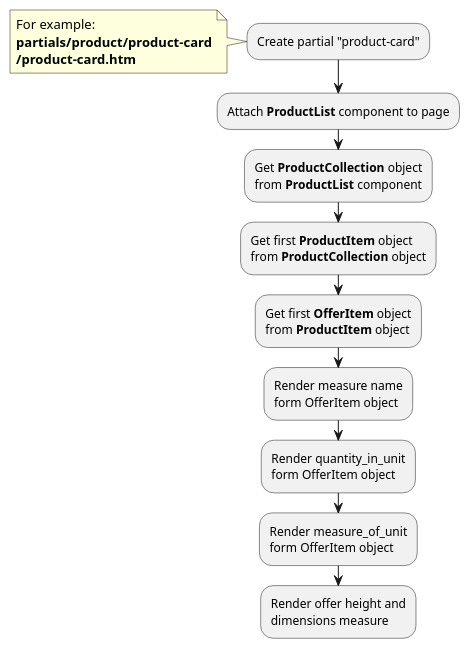
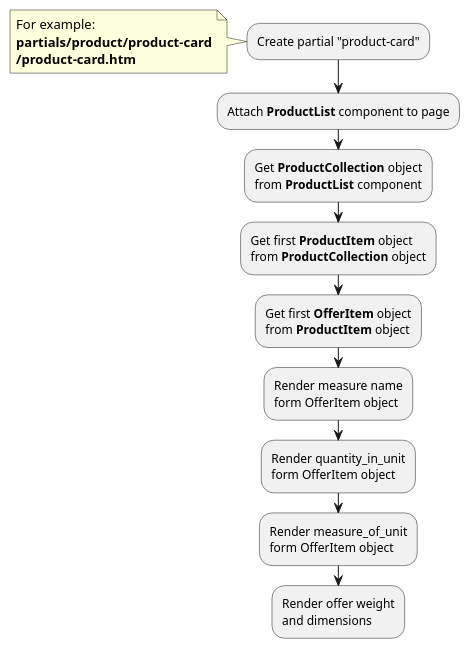
The first of 2 diagrams in modules/measure/examples.md (oc-shopaholic/oc-shopaholic-docs), drawn with PlantUML before and after one commit. The commit also changed other lines of this file and 10 other files, not shown here.

````diff
--- a/modules/measure/examples.md
+++ b/modules/measure/examples.md
@@ -18,25 +18,25 @@
 ```plantuml
 @startuml
 :Create partial "product-card";
 note left
     For example:
     **partials/product/product-card**
     **/product-card.htm**
 end note
 :Attach **ProductList** component to page;
 :Get **ProductCollection** object
 from **ProductList** component;
 :Get first **ProductItem** object
 from **ProductCollection** object;
 :Get first **OfferItem** object
 from **ProductItem** object;
 :Render measure name
 form OfferItem object;
 :Render quantity_in_unit
 form OfferItem object;
 :Render measure_of_unit
 form OfferItem object;
-:Render offer height and
-dimensions measure;
+:Render offer weight
+and dimensions;
 @enduml
 ```
````
